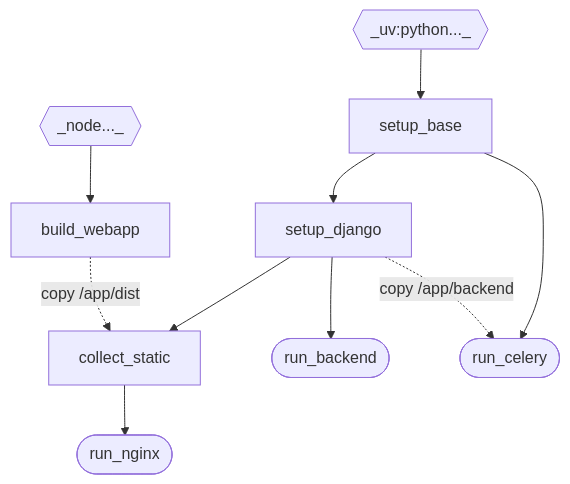
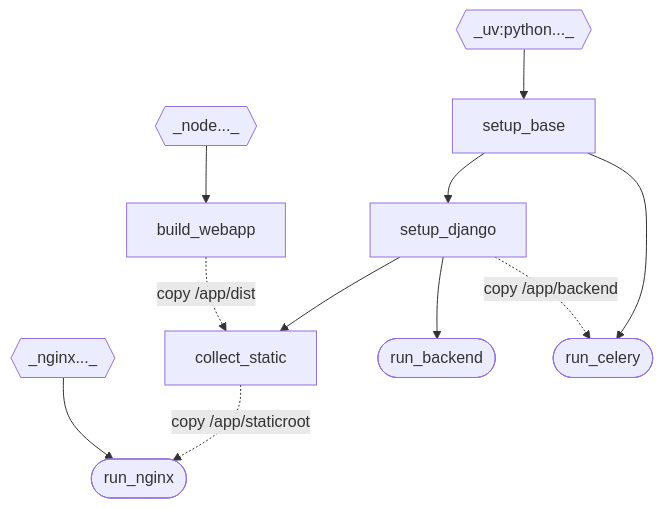
The diagram in docs/internals/docker.md (KSIUJ/gutenberg), drawn with Mermaid before and after one commit.

Commit message:
docs: Include the Nginx image in the Dockerfile targets diagram

````diff
--- a/docs/internals/docker.md
+++ b/docs/internals/docker.md
@@ -11,19 +11,23 @@
 ```mermaid
 flowchart TD
     node{{_node..._}}
+    uv{{_uv:python..._}}
+    nginx{{_nginx..._}}
+    
     node --> build_webapp
 
-    uv{{_uv:python..._}}
     uv --> setup_base
     setup_base --> setup_django
 
     setup_django --> collect_static
 
     setup_django --> run_backend([run_backend])
 
     setup_base --> run_celery([run_celery])
     setup_django -. copy /app/backend .-> run_celery
 
     build_webapp -. copy /app/dist .-> collect_static
-    collect_static --> run_nginx([run_nginx])
+    nginx --> run_nginx([run_nginx])
+    collect_static -. copy /app/staticroot .-> run_nginx([run_nginx])
+    
 ```
````
